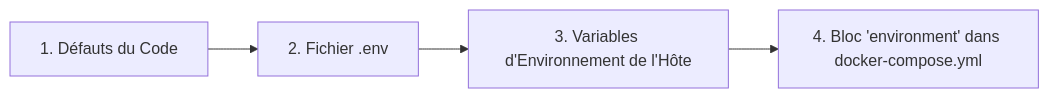
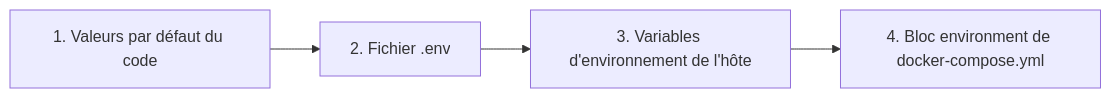
The diagram in mkdocs_src/docs/admin/docker_advanced.fr.md (Librefolio/LibreFolio), drawn with Mermaid before and after one commit. The commit also changed other lines of this file and 73 other files, not shown here.

````diff
--- a/mkdocs_src/docs/admin/docker_advanced.fr.md
+++ b/mkdocs_src/docs/admin/docker_advanced.fr.md
@@ -48,9 +68,9 @@
 ```mermaid
 graph LR
-    CodeDefaults[1. Défauts du Code] --> EnvFile[2. Fichier .env]
-    HostShell[3. Variables d'Environnement de l'Hôte]
-    DockerCompose[4. Bloc 'environment' dans docker-compose.yml]
+ CodeDefaults[1. Valeurs par défaut du code] --> EnvFile[2. Fichier .env]
+ HostShell[3. Variables d'environnement de l'hôte]
+ DockerCompose[4. Bloc environment de docker-compose.yml]
 
-    EnvFile --> HostShell
-    HostShell --> DockerCompose
+ EnvFile --> HostShell
+ HostShell --> DockerCompose
 ```
````
